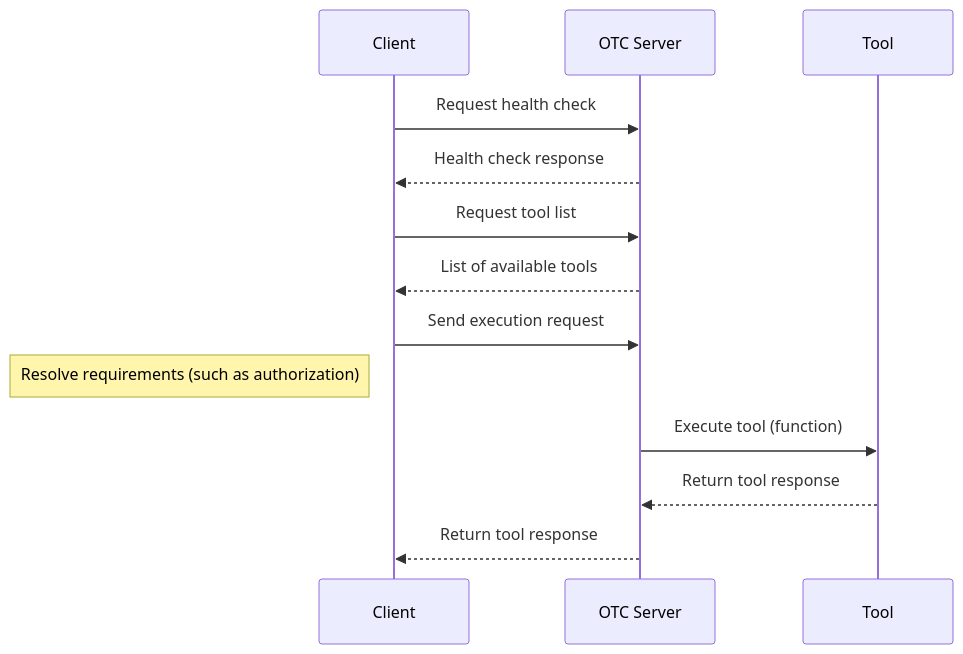
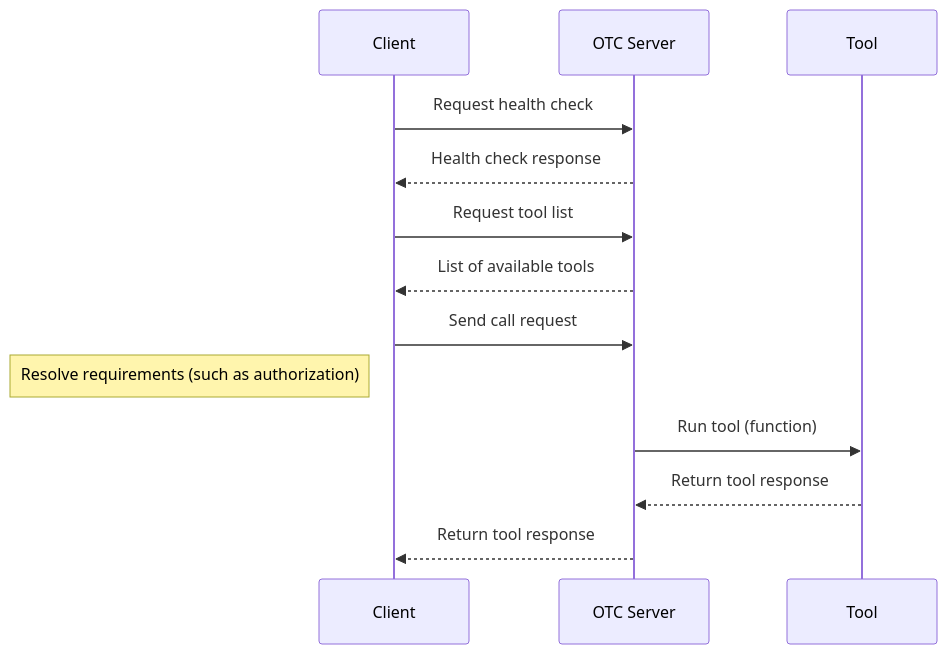
One commit to OpenExecProtocol/Specification changed the diagram in RFC.md. Above: the diagram before and after it, drawn with Mermaid. The commit also changed other lines of this file and 1 other file, not shown here.

Commit message:
Rename execute -> call

````diff
--- a/RFC.md
+++ b/RFC.md
@@ -56,22 +56,22 @@
 ```mermaid
 sequenceDiagram
     participant C as Client
     participant S as OTC Server
     participant T as Tool
 
     ## Health check
     C->>S: Request health check
     S-->>C: Health check response
 
     %% Tool discovery
     C->>S: Request tool list
     S-->>C: List of available tools
 
-    %% Tool execution
-    C->>S: Send execution request
+    %% Tool call
+    C->>S: Send call request
     Note left of C: Resolve requirements (such as authorization)
-    S->>T: Execute tool (function)
+    S->>T: Run tool (function)
     T-->>S: Return tool response
     S-->>C: Return tool response
 
 ```
````
